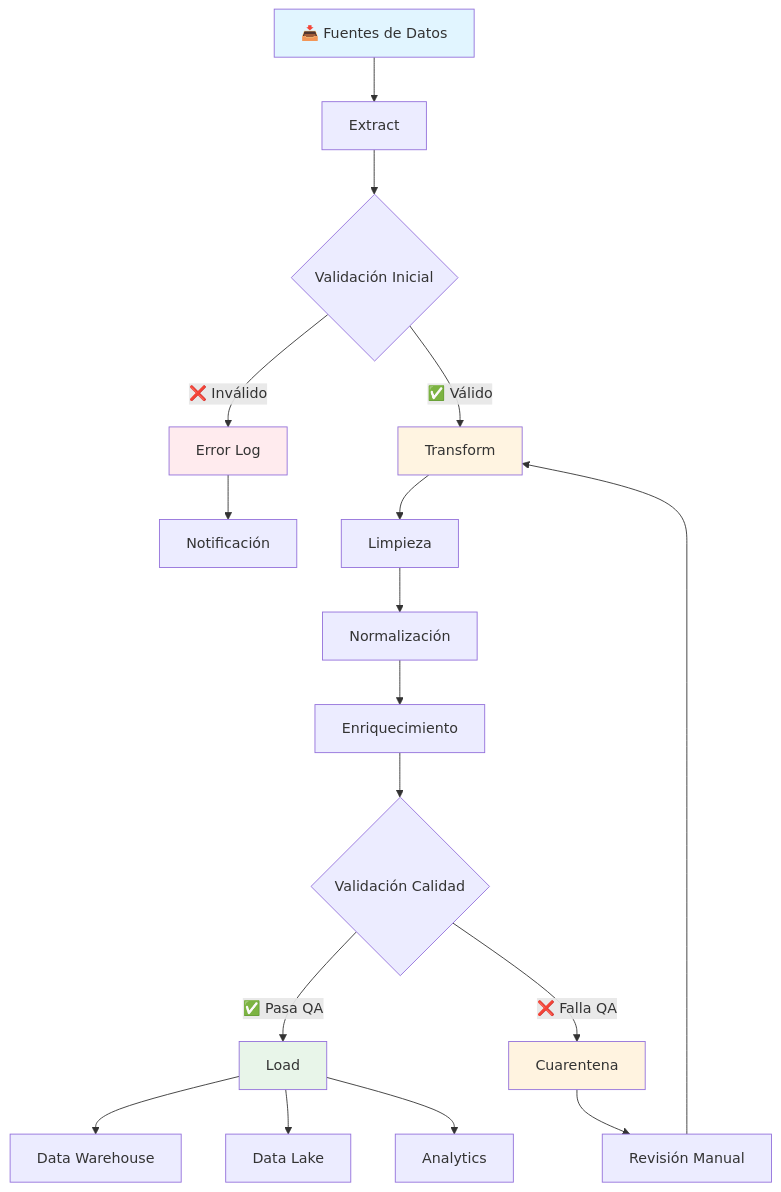
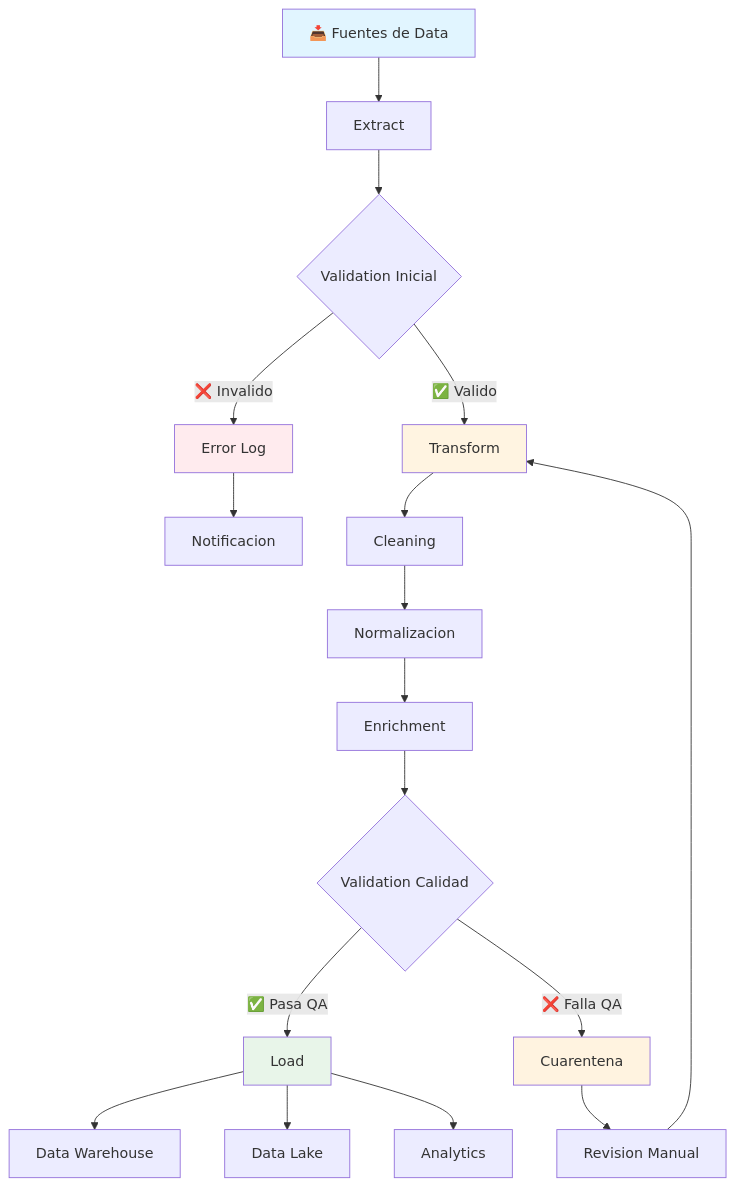
One commit to nanlabs/nan-data-engineering-labs changed the first of 8 diagrams in modules/module-04-python-for-data/assets/diagrams/data-flow.md. Above: the diagram before and after it, drawn with Mermaid. The commit also changed other lines of this file and 23 other files, not shown here.

````diff
--- a/modules/module-04-python-for-data/assets/diagrams/data-flow.md
+++ b/modules/module-04-python-for-data/assets/diagrams/data-flow.md
@@ -5,28 +5,28 @@
 ```mermaid
 flowchart TD
-    A[📥 Fuentes de Datos] --> B[Extract]
-    B --> C{Validación Inicial}
-    C -->|✅ Válido| D[Transform]
-    C -->|❌ Inválido| E[Error Log]
-    E --> F[Notificación]
+    A[📥 Fuentes de Data] --> B[Extract]
+    B --> C{Validation Inicial}
+    C -->|✅ Valido| D[Transform]
+    C -->|❌ Invalido| E[Error Log]
+    E --> F[Notificacion]
     
-    D --> G[Limpieza]
-    G --> H[Normalización]
-    H --> I[Enriquecimiento]
-    I --> J{Validación Calidad}
+    D --> G[Cleaning]
+    G --> H[Normalizacion]
+    H --> I[Enrichment]
+    I --> J{Validation Calidad}
     
     J -->|✅ Pasa QA| K[Load]
     J -->|❌ Falla QA| L[Cuarentena]
-    L --> M[Revisión Manual]
+    L --> M[Revision Manual]
     M --> D
     
     K --> N[Data Warehouse]
     K --> O[Data Lake]
     K --> P[Analytics]
     
     style A fill:#e1f5ff
     style D fill:#fff4e1
     style K fill:#e8f5e9
     style E fill:#ffebee
     style L fill:#fff3e0
 ```
````
